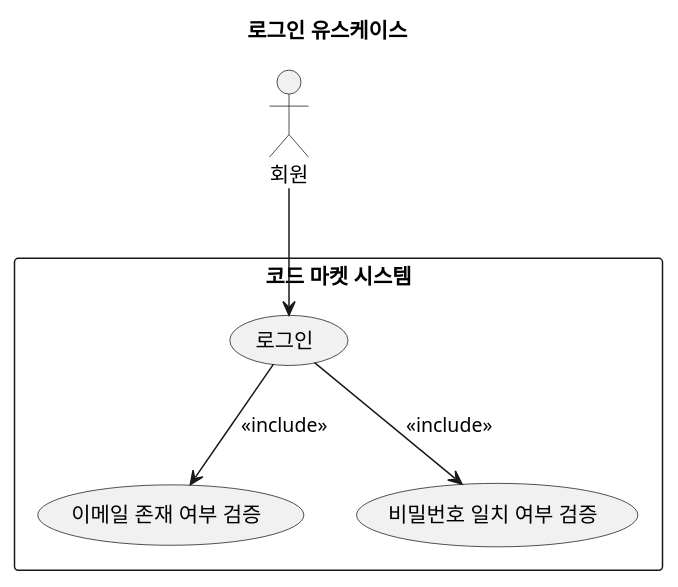
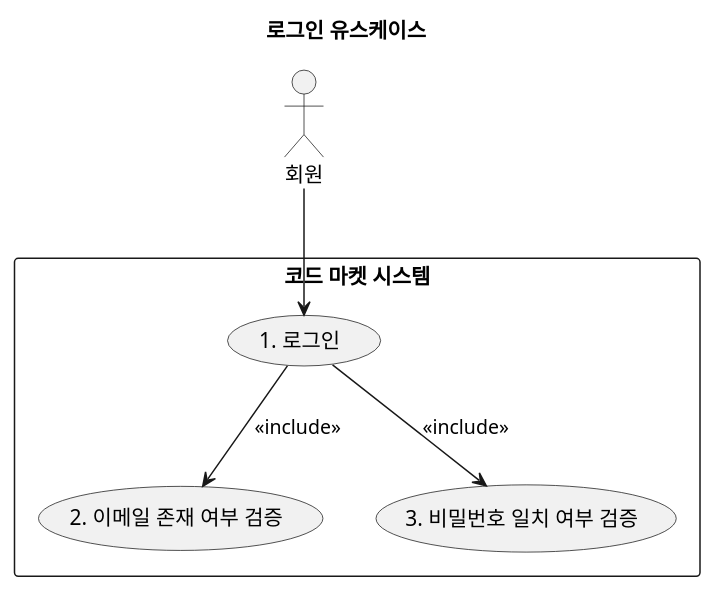
One commit to f-lab-edu/code-market changed the diagram in docs/usecase/usecase_login.puml. Above: the diagram before and after it, drawn with PlantUML. The commit also changed 9 other files, not shown here.

Commit message:
docs(usecase): 사용자 시나리오 기능별 번호와 유스케이스 다이어그램 번호 매핑

```diff
--- a/docs/usecase/usecase_login.puml
+++ b/docs/usecase/usecase_login.puml
@@ -1,19 +1,18 @@
 @startuml
 title 로그인 유스케이스
 
 actor "회원" as Member
 
 rectangle "코드 마켓 시스템" {
-
-  usecase "로그인" as UC_Login
-  usecase "이메일 존재 여부 검증" as UC_CheckEmailExists
-  usecase "비밀번호 일치 여부 검증" as UC_CheckPasswordMatch
-
+'사용자 시나리오 (user_scenario.md 파일)의 기능별 시나리오 번호와 해당 다이어그램의 번호는 매핑되어 있습니다
+  usecase "1. 로그인" as UC_Login
+  usecase "2. 이메일 존재 여부 검증" as UC_CheckEmailExists
+  usecase "3. 비밀번호 일치 여부 검증" as UC_CheckPasswordMatch
 }
 
 Member --> UC_Login
 
 UC_Login --> UC_CheckEmailExists : <<include>>
 UC_Login --> UC_CheckPasswordMatch : <<include>>
 
 @enduml
```
